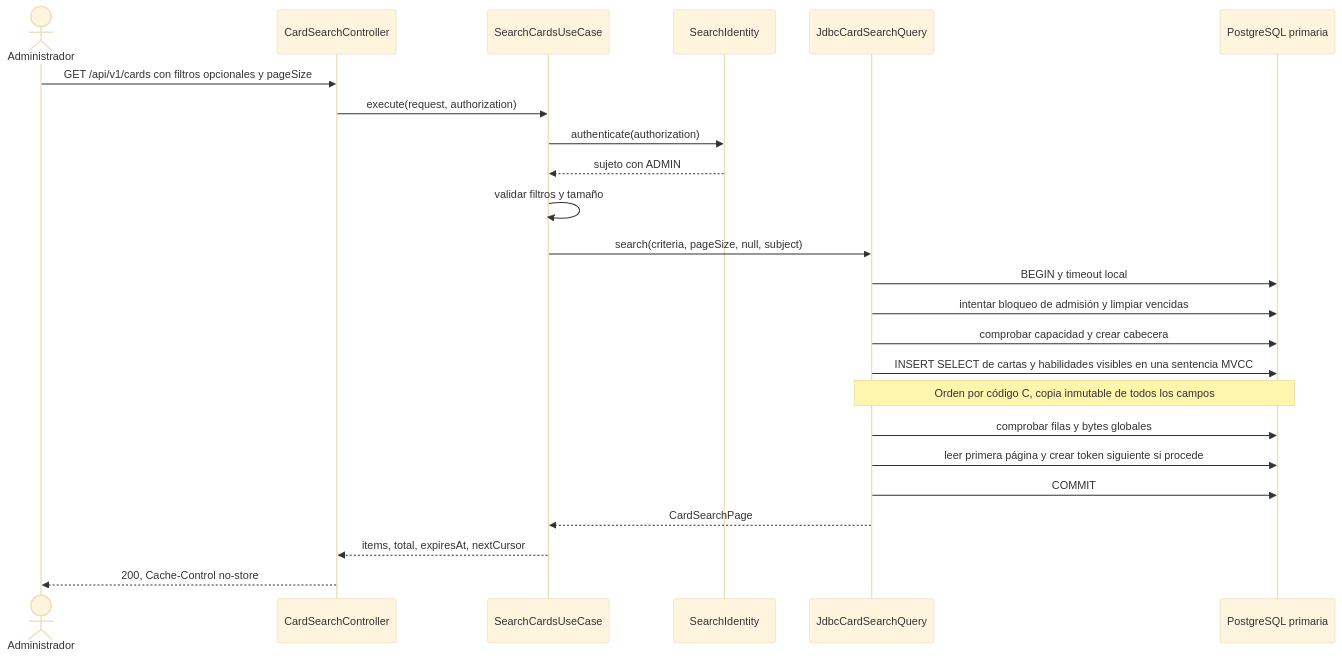
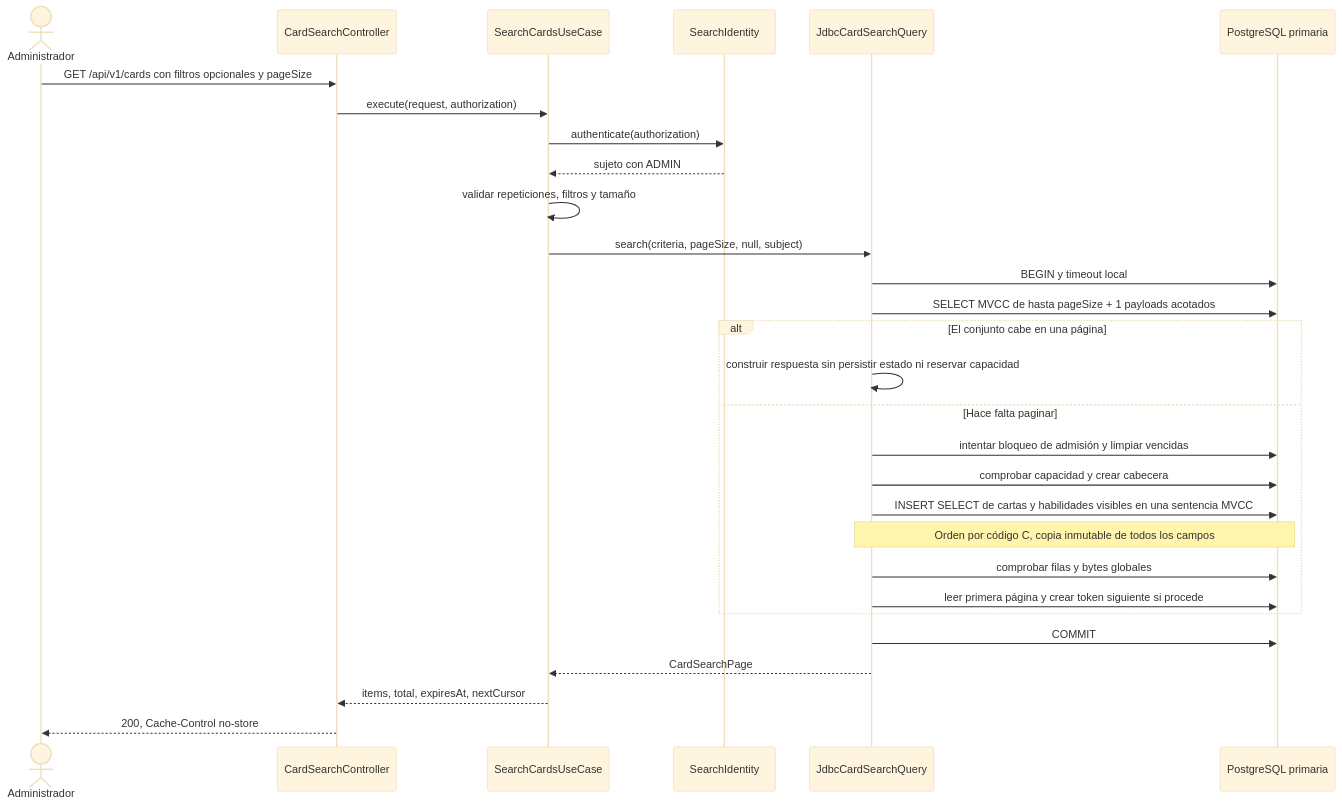
The diagram in pokearena/docs/diagrams/us39-initial-search.mmd (a-alfaro19/PokeArena), drawn with Mermaid (base theme) before and after one commit. The commit also changed 15 other files, not shown here.

```diff
--- a/pokearena/docs/diagrams/us39-initial-search.mmd
+++ b/pokearena/docs/diagrams/us39-initial-search.mmd
@@ -1,24 +1,29 @@
 sequenceDiagram
     actor Admin as Administrador
     participant Web as CardSearchController
     participant App as SearchCardsUseCase
     participant Identity as SearchIdentity
     participant Query as JdbcCardSearchQuery
     participant DB as PostgreSQL primaria
     Admin->>Web: GET /api/v1/cards con filtros opcionales y pageSize
     Web->>App: execute(request, authorization)
     App->>Identity: authenticate(authorization)
     Identity-->>App: sujeto con ADMIN
-    App->>App: validar filtros y tamaño
+    App->>App: validar repeticiones, filtros y tamaño
     App->>Query: search(criteria, pageSize, null, subject)
     Query->>DB: BEGIN y timeout local
-    Query->>DB: intentar bloqueo de admisión y limpiar vencidas
-    Query->>DB: comprobar capacidad y crear cabecera
-    Query->>DB: INSERT SELECT de cartas y habilidades visibles en una sentencia MVCC
-    Note over Query,DB: Orden por código C, copia inmutable de todos los campos
-    Query->>DB: comprobar filas y bytes globales
-    Query->>DB: leer primera página y crear token siguiente si procede
+    Query->>DB: SELECT MVCC de hasta pageSize + 1 payloads acotados
+    alt El conjunto cabe en una página
+        Query->>Query: construir respuesta sin persistir estado ni reservar capacidad
+    else Hace falta paginar
+        Query->>DB: intentar bloqueo de admisión y limpiar vencidas
+        Query->>DB: comprobar capacidad y crear cabecera
+        Query->>DB: INSERT SELECT de cartas y habilidades visibles en una sentencia MVCC
+        Note over Query,DB: Orden por código C, copia inmutable de todos los campos
+        Query->>DB: comprobar filas y bytes globales
+        Query->>DB: leer primera página y crear token siguiente si procede
+    end
     Query->>DB: COMMIT
     Query-->>App: CardSearchPage
     App-->>Web: items, total, expiresAt, nextCursor
     Web-->>Admin: 200, Cache-Control no-store
```
